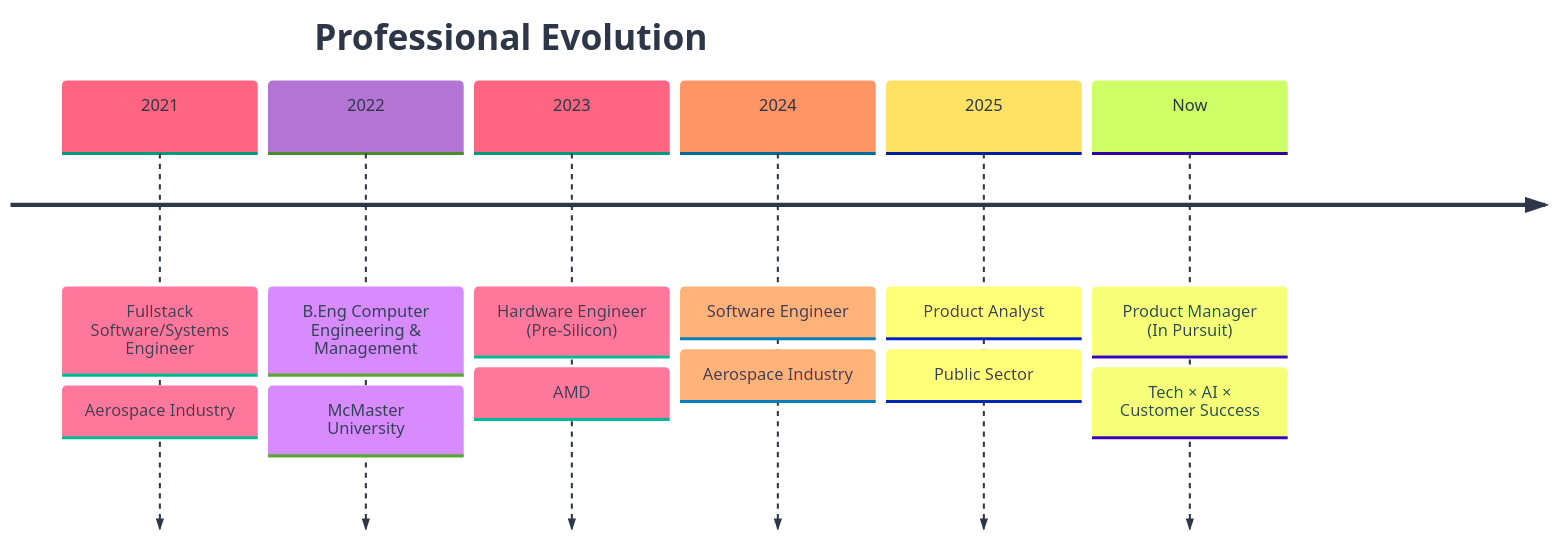
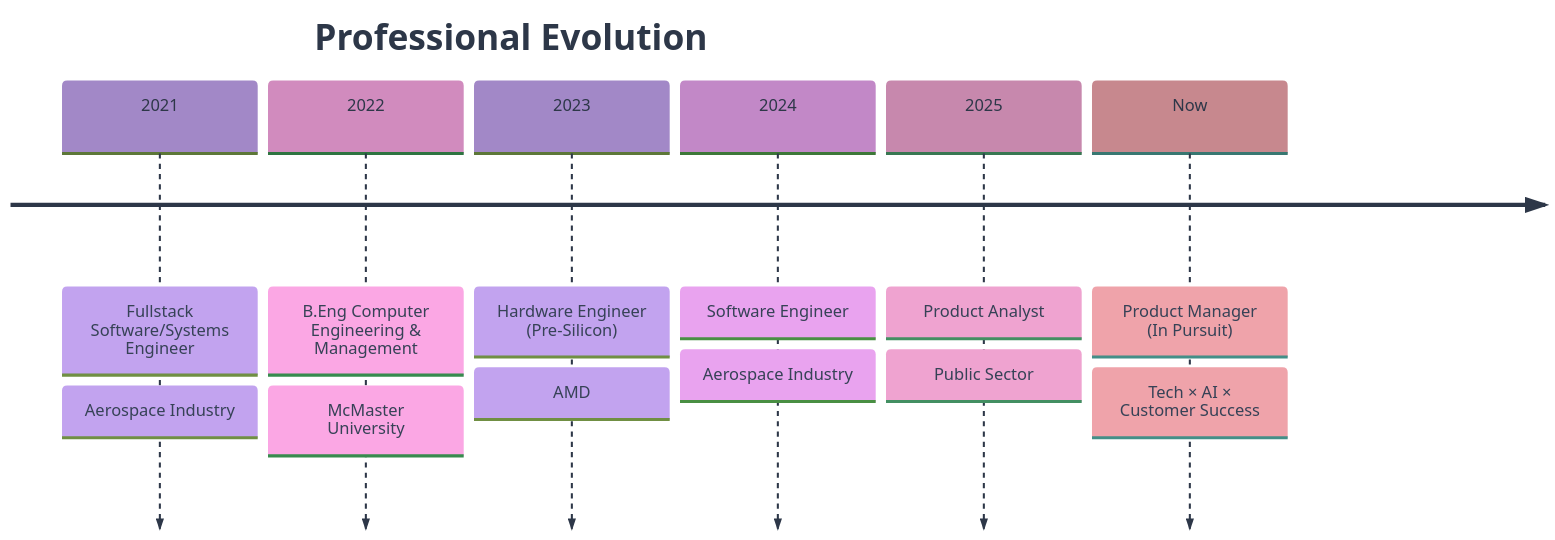
One commit to jassadeol/jassadeol.github.io changed the diagram in README.md. Above: the diagram before and after it, drawn with Mermaid. The commit also changed other lines of this file, not shown here.

````diff
--- a/README.md
+++ b/README.md
@@ -262,17 +25,17 @@
 ```mermaid
-%%{init: {'theme':'base', 'themeVariables': { 'primaryColor':'#FFE4E9','primaryTextColor':'#2D3748','primaryBorderColor':'#FF69B4','lineColor':'#FF69B4','secondaryColor':'#E8D5F2','tertiaryColor':'#FFE4E9','background':'#FFFFFF','mainBkg':'#FFE4E9','secondBkg':'#E8D5F2'}}}%%
+%%{init: {'theme':'base', 'themeVariables': { 'primaryColor':'#E6DFF0','primaryTextColor':'#2D3748','primaryBorderColor':'#9B7EBD','lineColor':'#9B7EBD','secondaryColor':'#F5E6F1','tertiaryColor':'#E6DFF0','background':'#FAFAFA','mainBkg':'#E6DFF0','secondBkg':'#F5E6F1'}}}%%
 timeline
     title Professional Evolution
     2021 : Fullstack Software/Systems Engineer
          : Aerospace Industry
     2022 : B.Eng Computer Engineering & Management
          : McMaster University
     2023 : Hardware Engineer (Pre-Silicon)
          : AMD
     2024 : Software Engineer
          : Aerospace Industry
     2025 : Product Analyst
          : Public Sector
     Now  : Product Manager (In Pursuit)
          : Tech × AI × Customer Success
 ```
````
